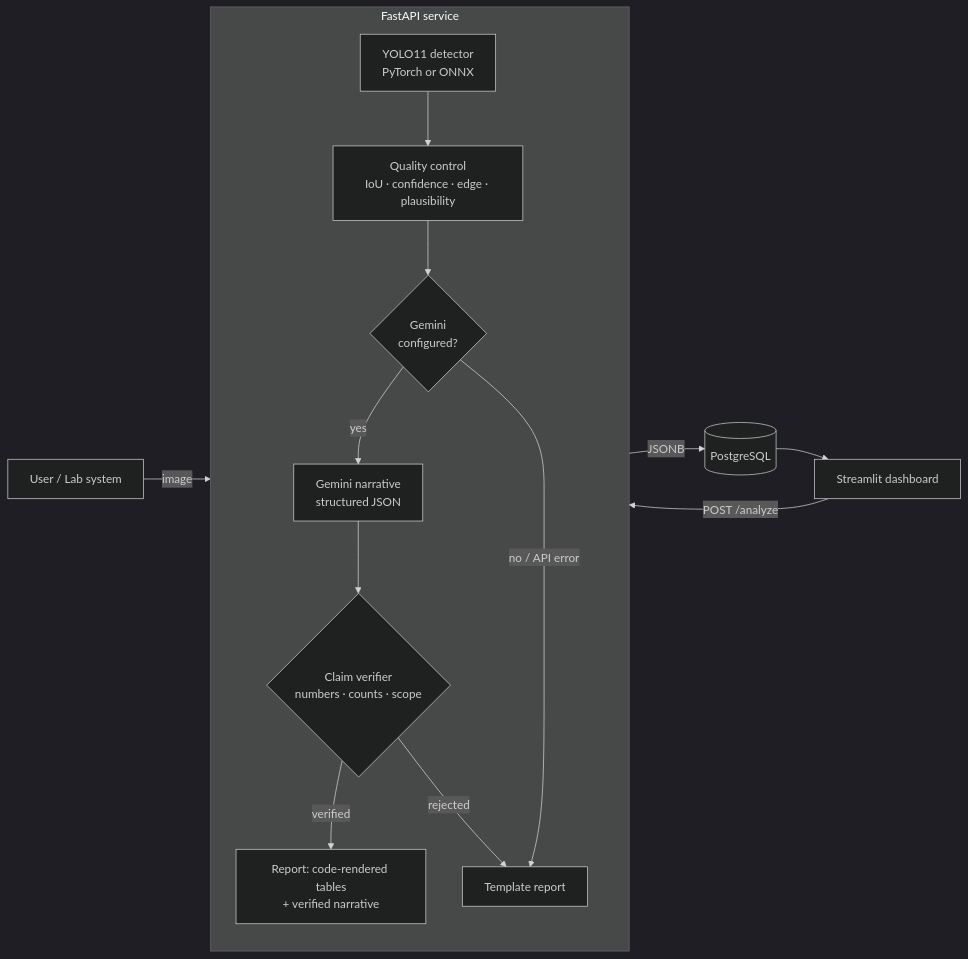
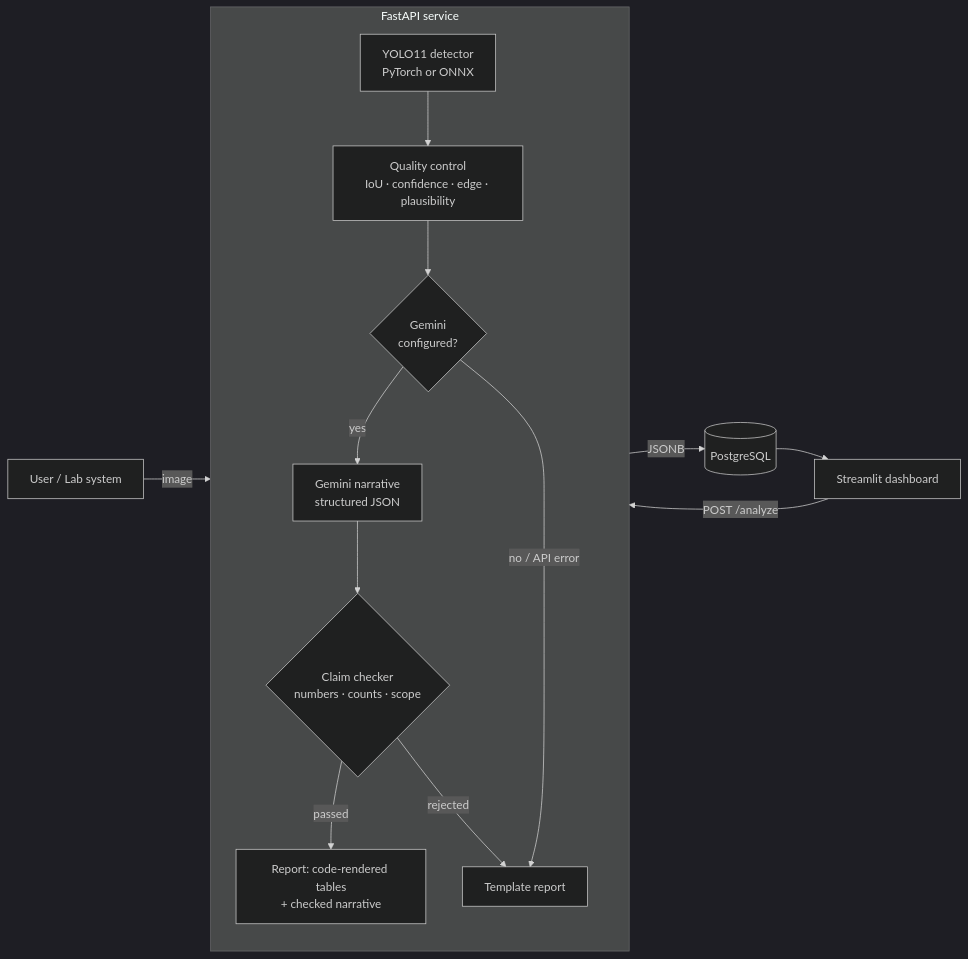
Before and after one commit to SARAHKAMYAR/blood-cell-visionops: the diagram in README.md, drawn with Mermaid (dark theme). The commit also changed other lines of this file and 5 other files, not shown here.

First line of the commit message:
Stop overstating what the report claim check guarantees

````diff
--- a/README.md
+++ b/README.md
@@ -32,16 +32,16 @@
 ```mermaid
 flowchart LR
     U[User / Lab system] -->|image| API
     D[Streamlit dashboard] -->|POST /analyze| API
     subgraph API[FastAPI service]
         M[YOLO11 detector<br/>PyTorch or ONNX] --> Q[Quality control<br/>IoU · confidence · edge · plausibility]
         Q --> R{Gemini<br/>configured?}
         R -->|yes| G[Gemini narrative<br/>structured JSON]
-        G --> V{Claim verifier<br/>numbers · counts · scope}
-        V -->|verified| L[Report: code-rendered tables<br/>+ verified narrative]
+        G --> V{Claim checker<br/>numbers · counts · scope}
+        V -->|passed| L[Report: code-rendered tables<br/>+ checked narrative]
         V -->|rejected| T[Template report]
         R -->|no / API error| T
     end
     API -->|JSONB| P[(PostgreSQL)]
     P --> D
 ```
````
